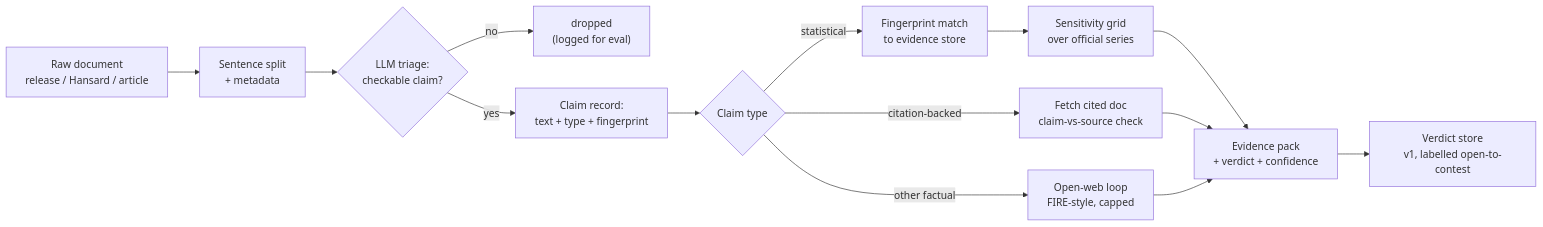
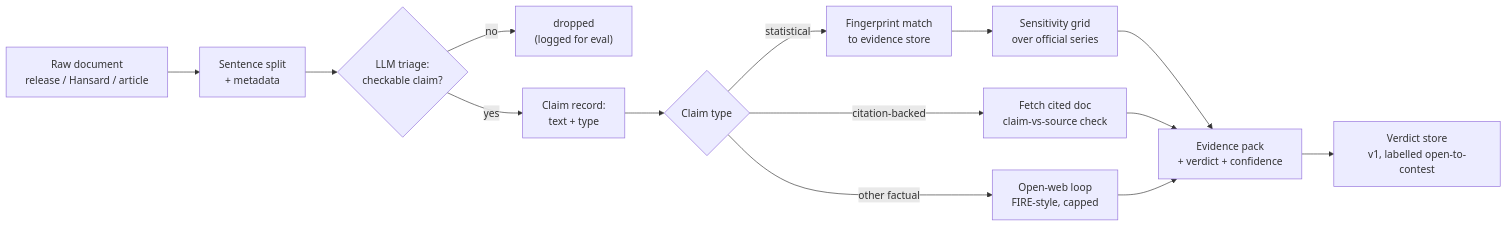
Before and after one commit to bradleyscott/claimwatch-nz: the diagram in docs/diagrams/pipeline-dataflow.mmd, drawn with Mermaid. The commit also changed 27 other files, not shown here.

```diff
--- a/docs/diagrams/pipeline-dataflow.mmd
+++ b/docs/diagrams/pipeline-dataflow.mmd
@@ -1,14 +1,14 @@
 flowchart LR
     A["Raw document<br/>release / Hansard / article"] --> B["Sentence split<br/>+ metadata"]
     B --> C{"LLM triage:<br/>checkable claim?"}
     C -- "no" --> Z["dropped<br/>(logged for eval)"]
-    C -- "yes" --> D["Claim record:<br/>text + type + fingerprint"]
+    C -- "yes" --> D["Claim record:<br/>text + type"]
     D --> E{"Claim type"}
     E -- "statistical" --> F["Fingerprint match<br/>to evidence store"]
     F --> G["Sensitivity grid<br/>over official series"]
     E -- "citation-backed" --> H["Fetch cited doc<br/>claim-vs-source check"]
     E -- "other factual" --> I["Open-web loop<br/>FIRE-style, capped"]
     G --> J["Evidence pack<br/>+ verdict + confidence"]
     H --> J
     I --> J
     J --> K["Verdict store<br/>v1, labelled open-to-contest"]
```
